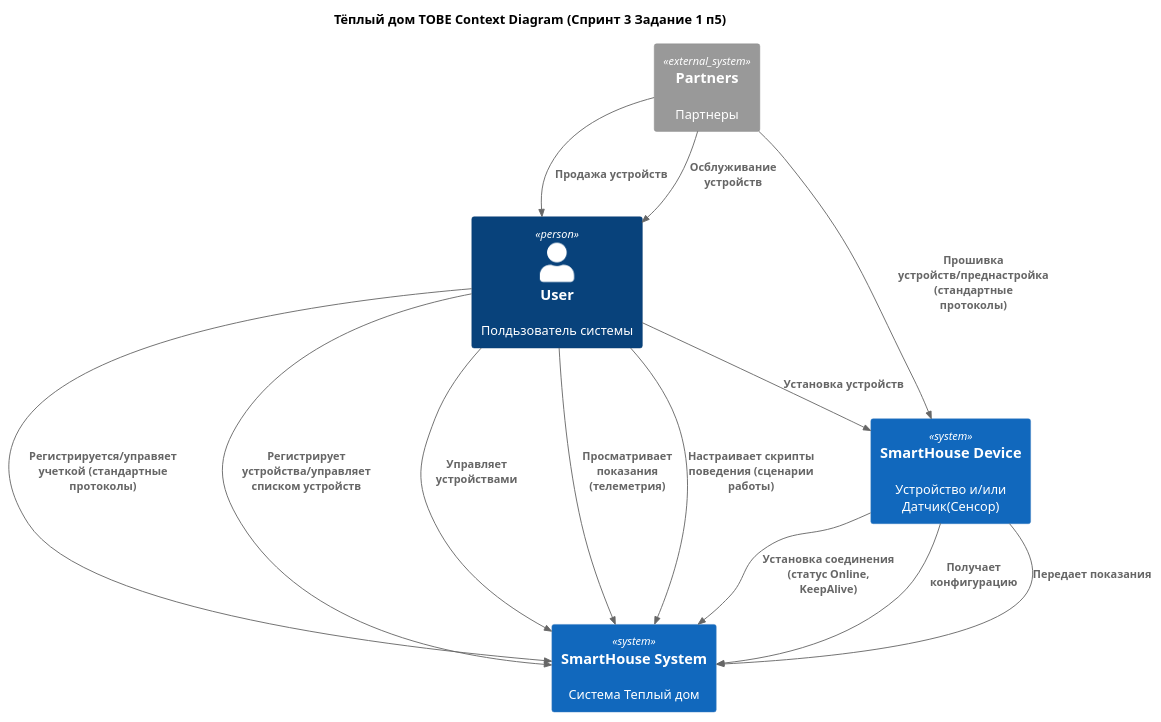
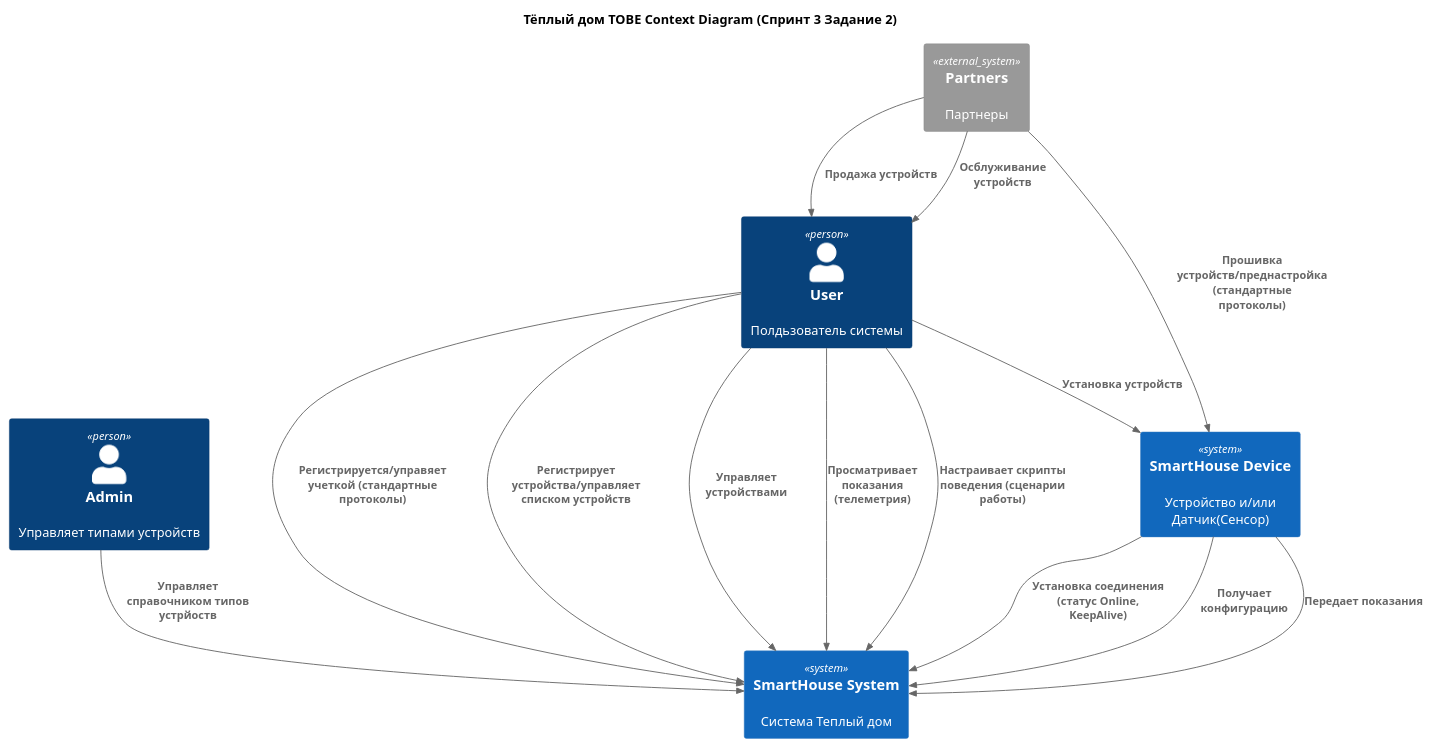
The diagram in docs/SmartHome TOBE Context.puml (MikhailGrv/architecture-sprint-3), drawn with PlantUML before and after one commit. The commit also changed 2 other files, not shown here.

```diff
--- a/docs/SmartHome TOBE Context.puml
+++ b/docs/SmartHome TOBE Context.puml
@@ -1,43 +1,45 @@
 @startuml name SmartHouse
-title Тёплый дом TOBE Context Diagram (Спринт 3 Задание 1 п5)
+title Тёплый дом TOBE Context Diagram (Спринт 3 Задание 2)
 
 top to bottom direction
 
 !include https://raw.githubusercontent.com/RicardoNiepel/C4-PlantUML/master/C4_Component.puml
 
 Person(user, "User", "Полдьзователь системы")
+Person(amdin, "Admin", "Управляет типами устройств")
 System(smartHouse, "SmartHouse System", "Система Теплый дом")
 'System(sensor, "SmartHouse sensor", "Сенсор системы")
 System(smartHouseDevice, "SmartHouse Device", "Устройство и/или Датчик(Сенсор)")
 System_Ext(partners, "Partners", "Партнеры")
 
 
 'Rel(partners, smartHouse, "Получение документации публичного API")
 Rel(partners, smartHouseDevice, "Прошивка устройств/преднастройка (стандартные протоколы)")
 'Rel(partners, sensor, "Прошивка устройств/преднастройка (стандартные протоколы)")
 'Rel(partners, smartHouse, "TOBE2: регистрация новых типов устройств")
 
 Rel(partners, user, "Продажа устройств")
 Rel(partners, user, "Осблуживание устройств")
 
 'Rel(user, sensor, "Установка датчиков(сенсоров)")
 Rel(user, smartHouseDevice, "Установка устройств")
 
 Rel(user, smartHouse, "Регистрируется/управяет учеткой (стандартные протоколы)")
 Rel(user, smartHouse, "Регистрирует устройства/управляет списком устройств")
 Rel(user, smartHouse, "Управляет устройствами")
 Rel(user, smartHouse, "Просматривает показания (телеметрия)")
 Rel(user, smartHouse, "Настраивает скрипты поведения (сценарии работы)")
 
+Rel(amdin, smartHouse, "Управляет справочником типов устрйоств")
 
 ' Rel(admin, smartHouse, "Регистрирует новые устройства")
 ' Rel(admin, smartHouse, "Удаляет устройства")
 ' Rel(engineer, sensor, "Устанавливает/ремонтирует/снимает")
 ' Rel(engineer, heatingSystem, "Устанавливает/ремонтирует/снимает")
 
 
 Rel(smartHouseDevice, smartHouse, "Установка соединения (статус Online, KeepAlive)")
 Rel(smartHouseDevice, smartHouse, "Получает конфигурацию")
 Rel(smartHouseDevice, smartHouse, "Передает показания")
 
 @enduml
```
